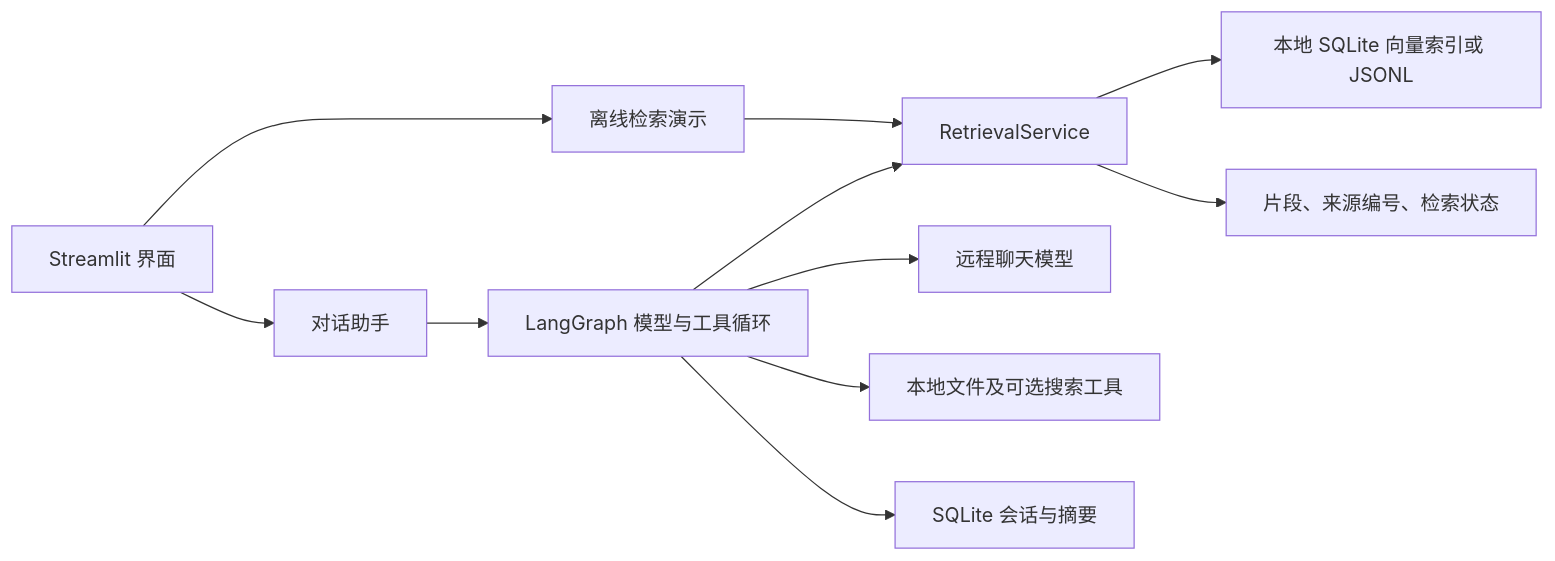
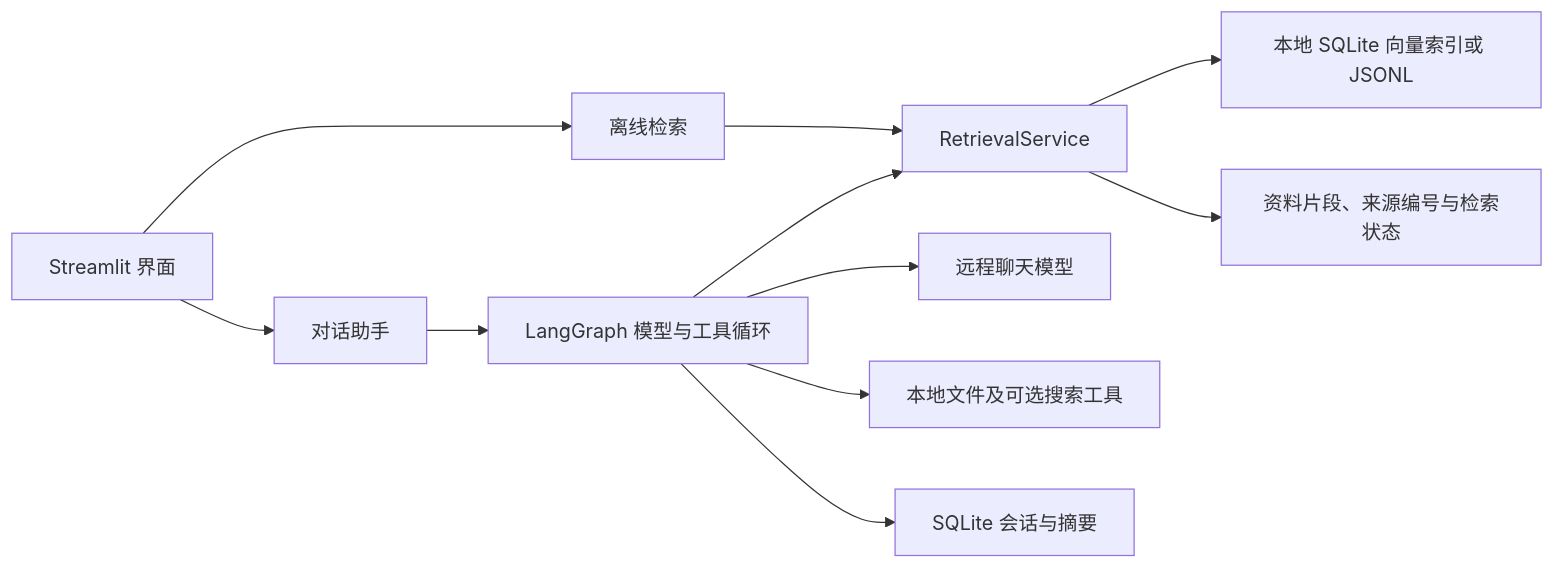
The diagram in docs/architecture.md (Ryuuson/Game-knowledge-agent), drawn with Mermaid before and after one commit. The commit also changed other lines of this file and 2 other files, not shown here.

````diff
--- a/docs/architecture.md
+++ b/docs/architecture.md
@@ -7,13 +5,13 @@
 ```mermaid
 flowchart LR
-    U[Streamlit 界面] --> O[离线检索演示]
+    U[Streamlit 界面] --> O[离线检索]
     O --> R[RetrievalService]
     U --> C[对话助手]
     C --> G[LangGraph 模型与工具循环]
     G --> L[远程聊天模型]
     G --> R
     G --> T[本地文件及可选搜索工具]
     G --> H[SQLite 会话与摘要]
     R --> D[本地 SQLite 向量索引或 JSONL]
-    R --> E[片段、来源编号、检索状态]
+    R --> E[资料片段、来源编号与检索状态]
 ```
````
